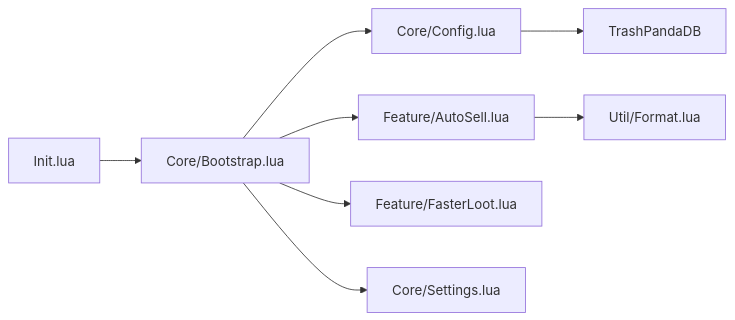
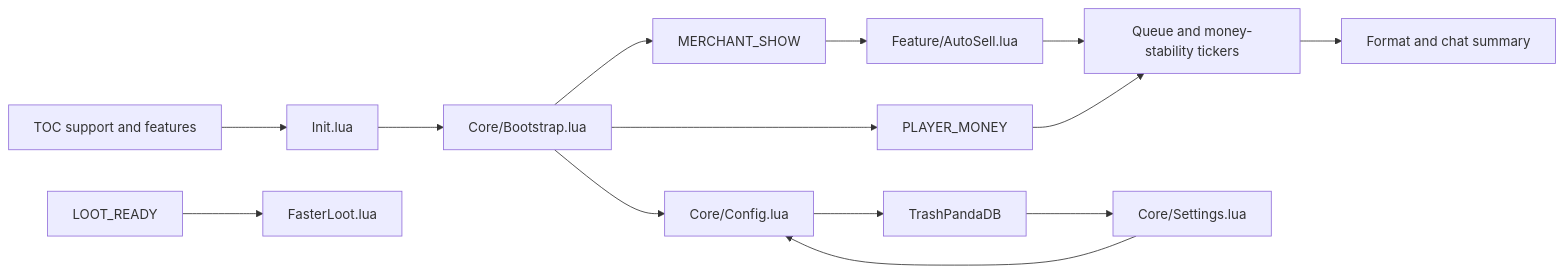
The diagram in CODE_GRAPH.md (UnknownAlienHuman/trash-panda), drawn with Mermaid before and after one commit. The commit also changed 4 other files, not shown here.

````diff
--- a/CODE_GRAPH.md
+++ b/CODE_GRAPH.md
@@ -3,10 +3,16 @@
 ```mermaid
 flowchart LR
-  Init[Init.lua] --> Bootstrap[Core/Bootstrap.lua]
+  TOC[TOC support and features] --> Init[Init.lua]
+  Init --> Bootstrap[Core/Bootstrap.lua]
   Bootstrap --> Config[Core/Config.lua]
   Config --> DB[TrashPandaDB]
-  Bootstrap --> AutoSell[Feature/AutoSell.lua]
-  Bootstrap --> FasterLoot[Feature/FasterLoot.lua]
-  AutoSell --> Format[Util/Format.lua]
-  Bootstrap --> Settings[Core/Settings.lua]
+  Bootstrap --> Merchant[MERCHANT_SHOW]
+  Merchant --> AutoSell[Feature/AutoSell.lua]
+  AutoSell --> Queue[Queue and money-stability tickers]
+  Queue --> Summary[Format and chat summary]
+  Bootstrap --> Money[PLAYER_MONEY]
+  Money --> Queue
+  Loot[LOOT_READY] --> Faster[FasterLoot.lua]
+  DB --> Settings[Core/Settings.lua]
+  Settings --> Config
 ```
````
